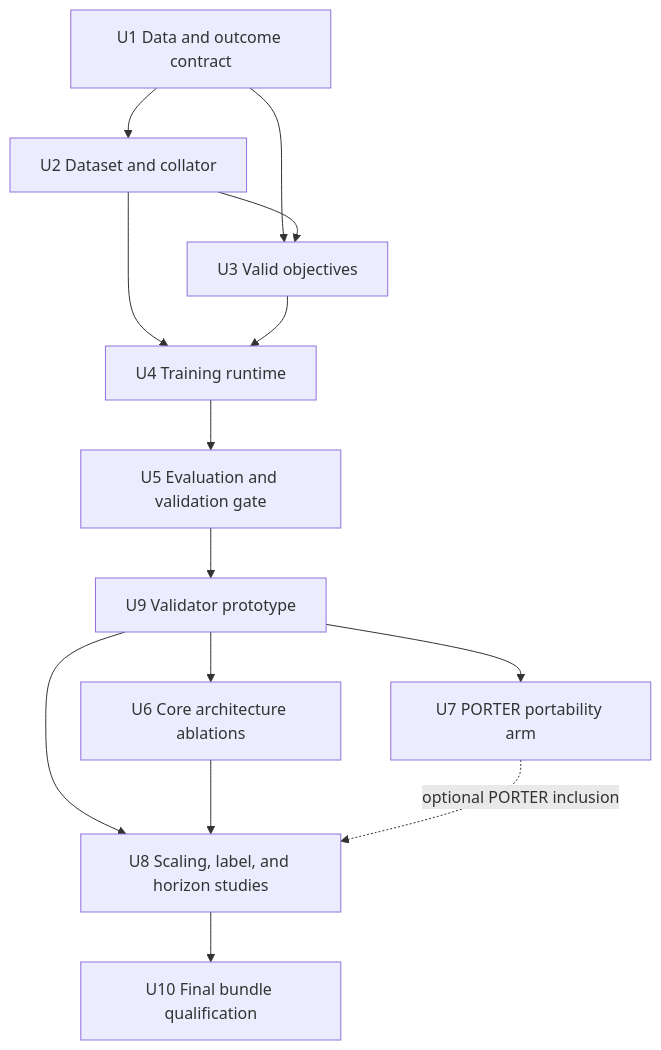
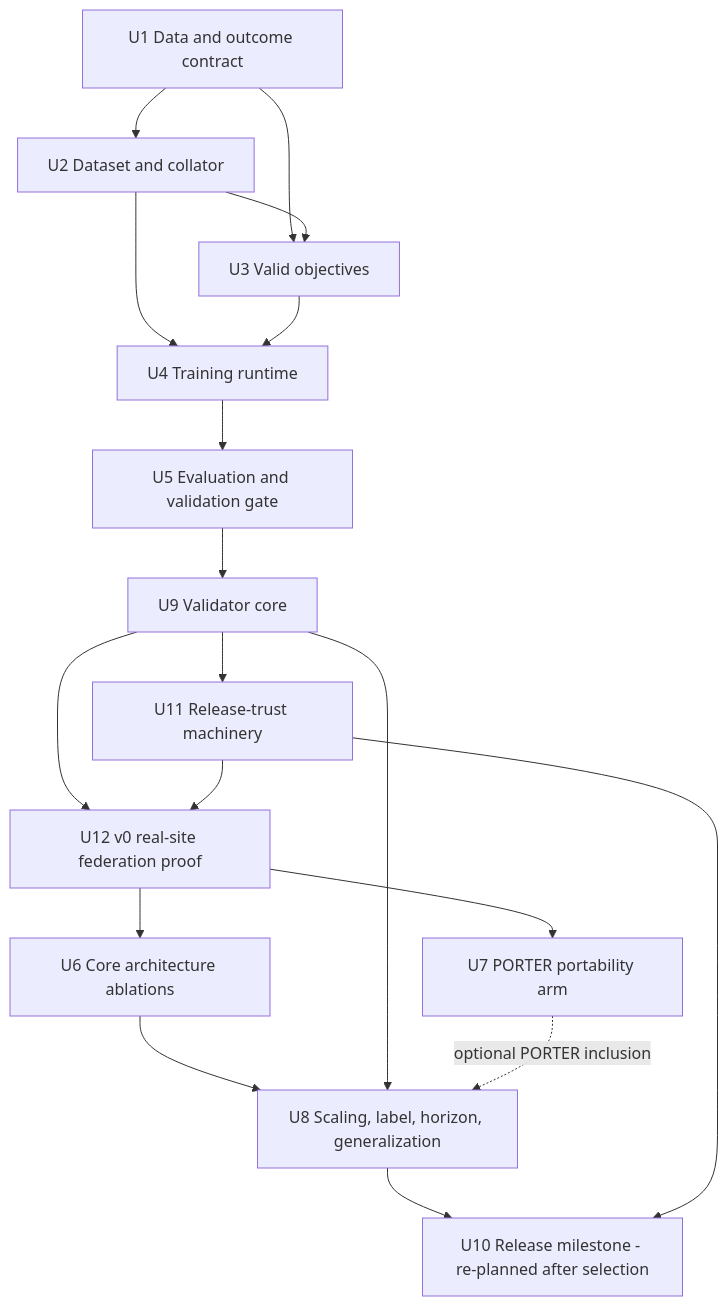
Before and after one commit to sajor2000/clifatron2.0: the second of 2 diagrams in docs/plans/2026-08-27-001-feat-evidence-ready-model-experiments-plan.md, drawn with Mermaid. The commit also changed other lines of this file and 2 other files, not shown here.

First line of the commit message:
docs: resolve U5-U12 planning decisions and restructure release path

````diff
--- a/docs/plans/2026-08-27-001-feat-evidence-ready-model-experiments-plan.md
+++ b/docs/plans/2026-08-27-001-feat-evidence-ready-model-experiments-plan.md
@@ -162,16 +282,20 @@
 ```mermaid
 flowchart TB
   U1[U1 Data and outcome contract] --> U2[U2 Dataset and collator]
   U1 --> U3[U3 Valid objectives]
   U2 --> U3
   U2 --> U4[U4 Training runtime]
   U3 --> U4
   U4 --> U5[U5 Evaluation and validation gate]
-  U5 --> U9[U9 Validator prototype]
-  U9 --> U6[U6 Core architecture ablations]
-  U9 --> U7[U7 PORTER portability arm]
-  U9 --> U8[U8 Scaling, label, and horizon studies]
-  U6 --> U8
+  U5 --> U9[U9 Validator core]
+  U9 --> U11[U11 Release-trust machinery]
+  U9 --> U12[U12 v0 real-site federation proof]
+  U11 --> U12
+  U12 --> U6[U6 Core architecture ablations]
+  U12 --> U7[U7 PORTER portability arm]
+  U6 --> U8[U8 Scaling, label, horizon, generalization]
+  U9 --> U8
   U7 -. optional PORTER inclusion .-> U8
-  U8 --> U10[U10 Final bundle qualification]
+  U8 --> U10[U10 Release milestone - re-planned after selection]
+  U11 --> U10
 ```
````
